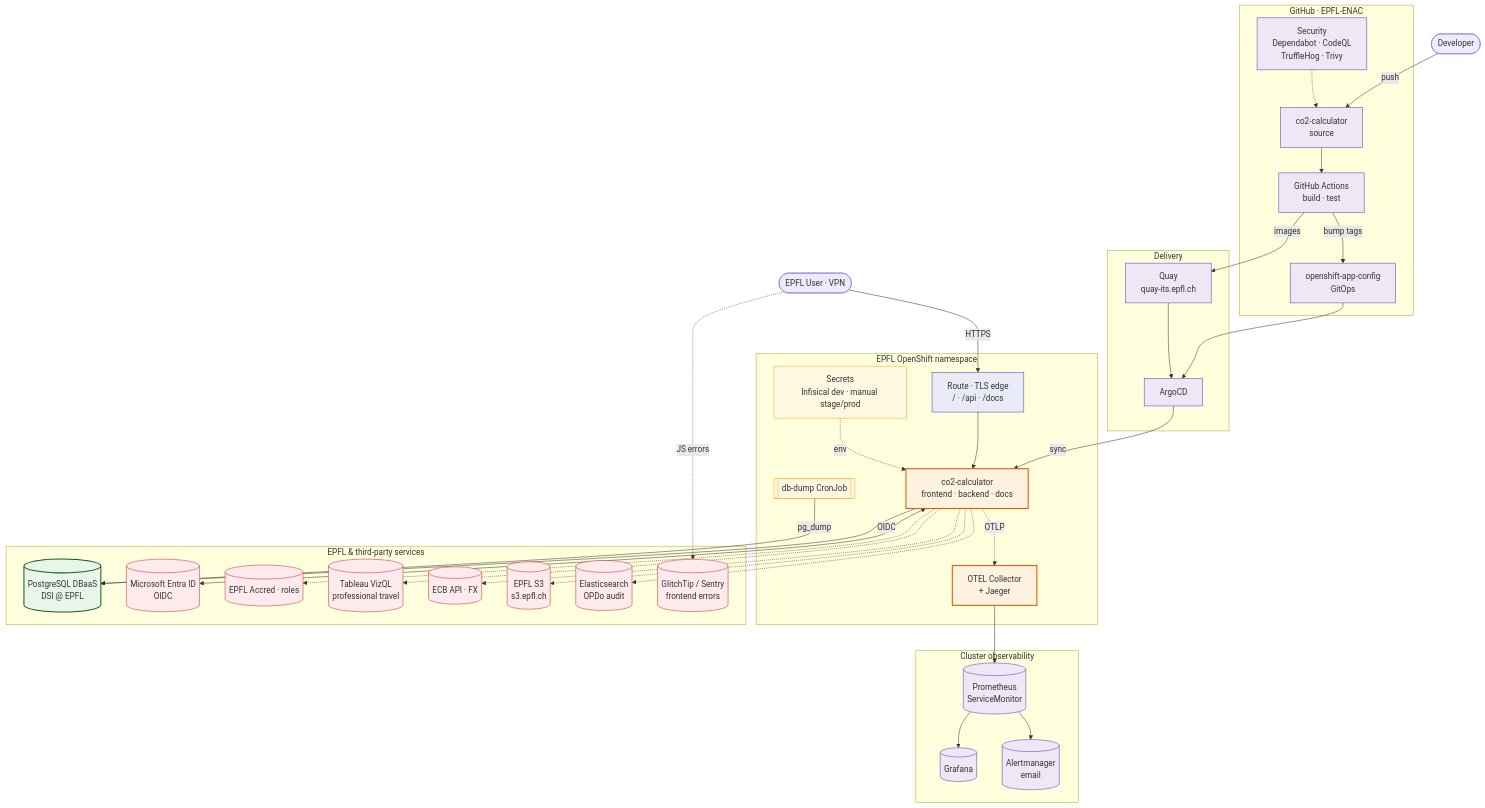
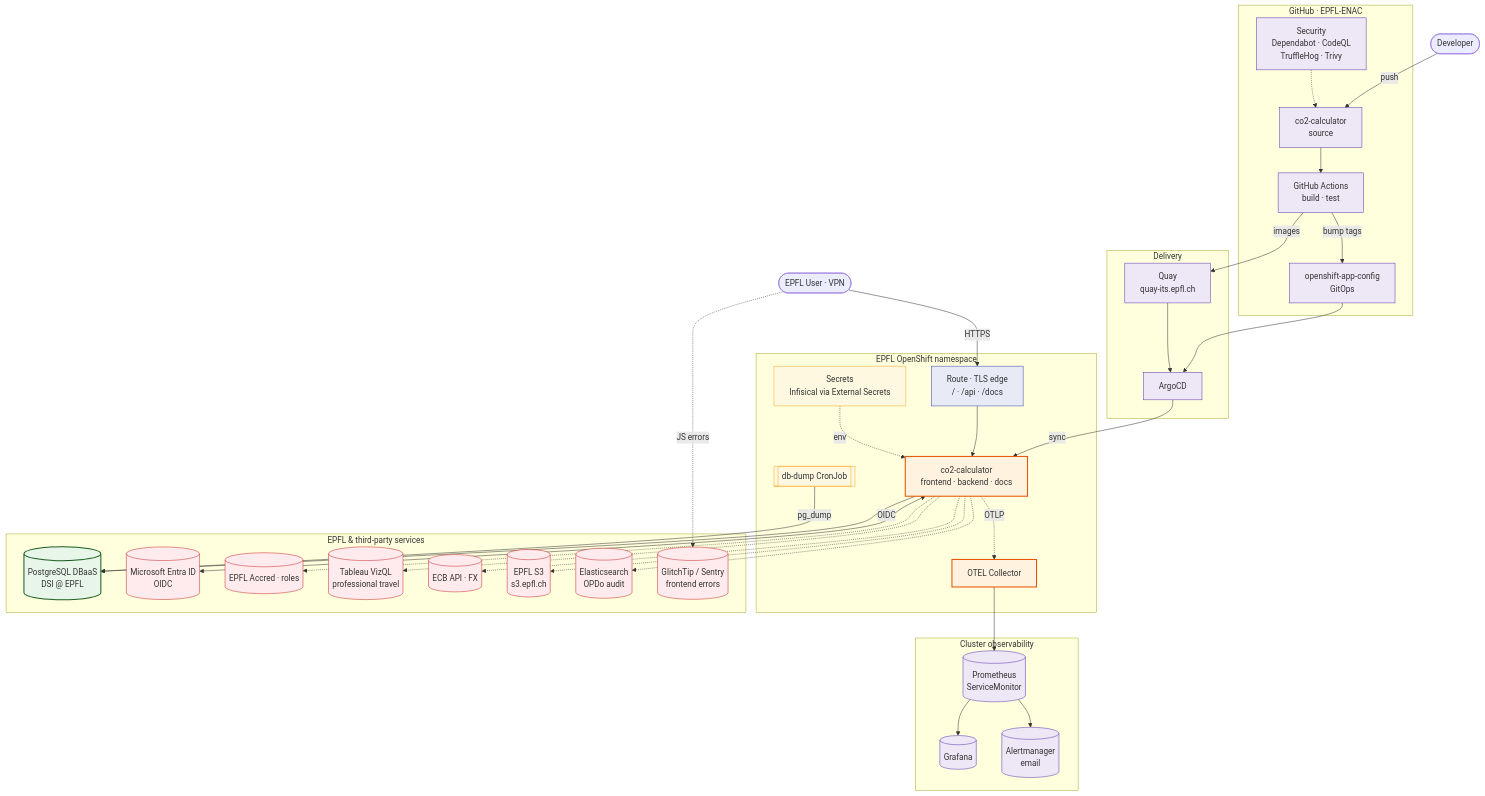
Before and after one commit to EPFL-ENAC/co2-calculator: the first of 3 diagrams in docs/src/architecture/02-system-overview.md, drawn with Mermaid. The commit also changed other lines of this file and 15 other files, not shown here.

````diff
--- a/docs/src/architecture/02-system-overview.md
+++ b/docs/src/architecture/02-system-overview.md
@@ -28,82 +28,82 @@
 ```mermaid
 flowchart TB
     Dev([Developer])
     User([EPFL User · VPN])
 
     subgraph GH["GitHub · EPFL-ENAC"]
         Src[co2-calculator<br/>source]
         Actions[GitHub Actions<br/>build · test]
         Sec[Security<br/>Dependabot · CodeQL<br/>TruffleHog · Trivy]
         GitOps[openshift-app-config<br/>GitOps]
     end
 
     subgraph CD["Delivery"]
         Quay[Quay<br/>quay-its.epfl.ch]
         Argo[ArgoCD]
     end
 
     subgraph OCP["EPFL OpenShift namespace"]
         Route[Route · TLS edge<br/>/ · /api · /docs]
         App[co2-calculator<br/>frontend · backend · docs]
-        Otel[OTEL Collector<br/>+ Jaeger]
+        Otel[OTEL Collector]
         DBDump[[db-dump CronJob]]
-        Secrets[Secrets<br/>Infisical dev · manual stage/prod]
+        Secrets[Secrets<br/>Infisical via External Secrets]
     end
 
     subgraph MON["Cluster observability"]
         Prom[(Prometheus<br/>ServiceMonitor)]
         Graf[(Grafana)]
         Alert[(Alertmanager<br/>email)]
     end
 
     subgraph SVC["EPFL & third-party services"]
         PG[(PostgreSQL DBaaS<br/>DSI @ EPFL)]
         Entra[(Microsoft Entra ID<br/>OIDC)]
         Accred[(EPFL Accred · roles)]
         Tableau[(Tableau VizQL<br/>professional travel)]
         ECB[(ECB API · FX)]
         S3[(EPFL S3<br/>s3.epfl.ch)]
         ES[(Elasticsearch<br/>OPDo audit)]
         Sentry[(GlitchTip / Sentry<br/>frontend errors)]
     end
 
     Dev -->|push| Src --> Actions
     Sec -.-> Src
     Actions -->|images| Quay
     Actions -->|bump tags| GitOps
     GitOps --> Argo
     Quay --> Argo
     Argo -->|sync| App
 
     User -->|HTTPS| Route --> App
     User -.->|JS errors| Sentry
     Secrets -.->|env| App
 
     App --> PG
     App <-->|OIDC| Entra
     App -.-> Accred
     App -.-> Tableau
     App -.-> ECB
     App -.-> S3
     App -.-> ES
     App -.->|OTLP| Otel
     Otel --> Prom
     Prom --> Graf
     Prom --> Alert
     DBDump -->|pg_dump| PG
 
     classDef ci fill:#ede7f6,stroke:#5e35b1,stroke-width:1px
     classDef system fill:#fff3e0,stroke:#e65100,stroke-width:2px
     classDef edge fill:#e8eaf6,stroke:#3949ab,stroke-width:1px
     classDef cfg fill:#fff8e1,stroke:#f9a825,stroke-width:1px
     classDef mon fill:#ede7f6,stroke:#5e35b1,stroke-width:1px
     classDef data fill:#e8f5e9,stroke:#1b5e20,stroke-width:2px
     classDef ext fill:#ffebee,stroke:#c62828,stroke-width:1px
     class Src,Actions,Sec,GitOps,Quay,Argo ci
     class App,Otel system
     class Route edge
     class Secrets,DBDump cfg
     class Prom,Graf,Alert mon
     class PG data
     class Entra,Accred,Tableau,ECB,S3,ES,Sentry ext
 ```
````
